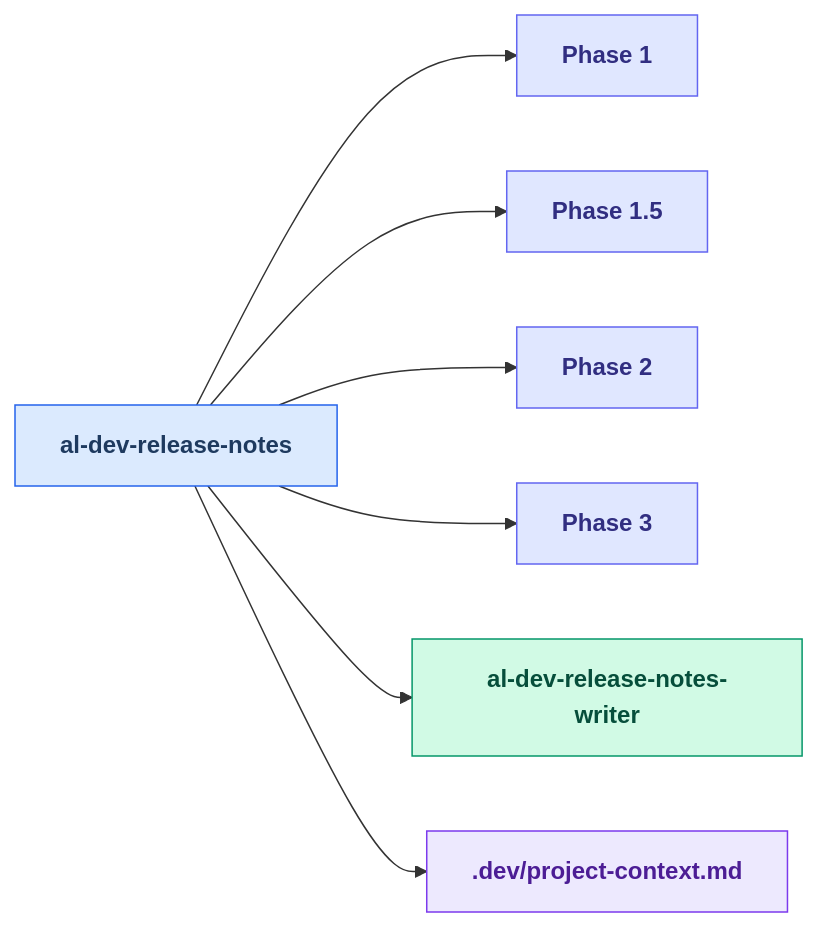
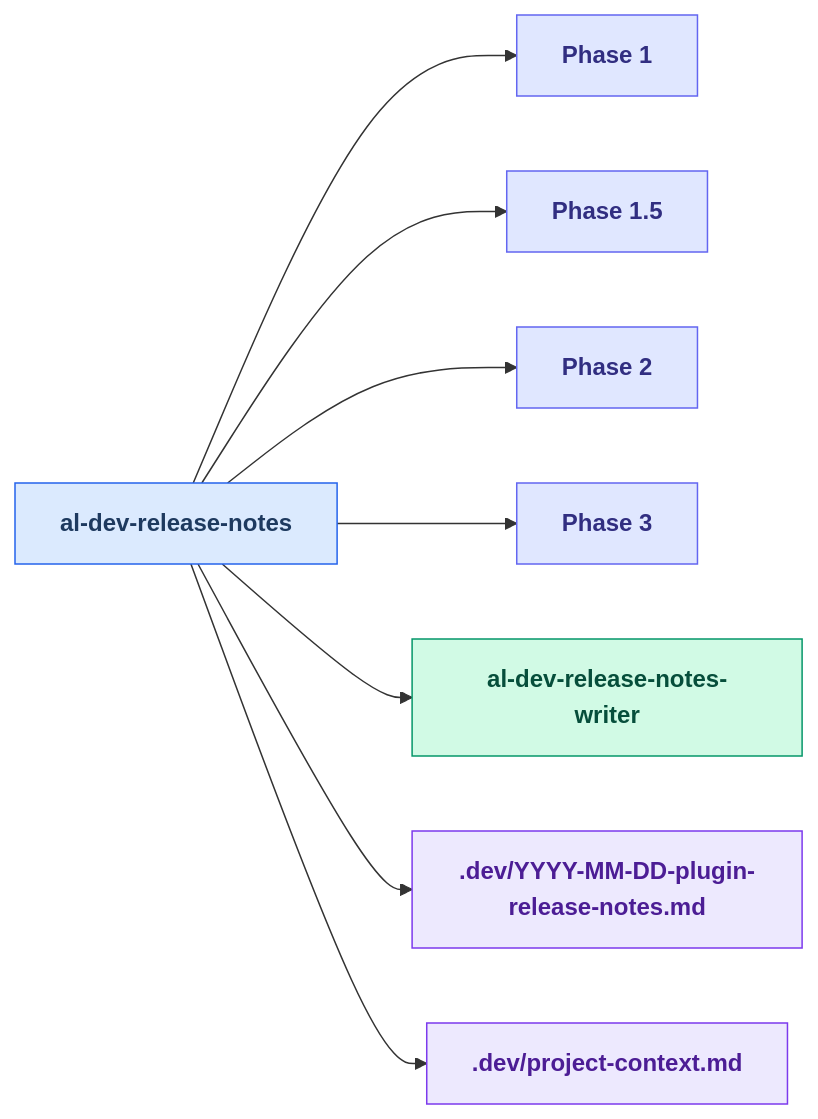
One commit to russell-laing/al-dev-shared changed diagram 17 of 27 in docs/al-dev-skills-map.md. Above: the diagram before and after it, drawn with Mermaid. The commit also changed other lines of this file and 3 other files, not shown here.

````diff
--- a/docs/al-dev-skills-map.md
+++ b/docs/al-dev-skills-map.md
@@ -822,31 +813,34 @@
 ```mermaid
 flowchart LR
     classDef skillNode fill:#dbeafe,stroke:#2563eb,color:#1e3a5f,font-weight:bold
     classDef agentNode fill:#d1fae5,stroke:#059669,color:#064e3b,font-weight:bold
     classDef knowledgeNode fill:#fef3c7,stroke:#d97706,color:#78350f,font-weight:bold
     classDef artifactNode fill:#ede9fe,stroke:#7c3aed,color:#4c1d95,font-weight:bold
     classDef phaseNode fill:#e0e7ff,stroke:#6366f1,color:#312e81,font-weight:bold
 
     skill_al_dev_release_notes[al-dev-release-notes]
     Phase1["Phase 1"]
     Phase1_5["Phase 1.5"]
     Phase2["Phase 2"]
     Phase3["Phase 3"]
     agent_al_dev_release_notes_writer[al-dev-release-notes-writer]
+    artifact_YYYY_MM_DD_plugin_release_notes_md[.dev/YYYY-MM-DD-plugin-release-notes.md]
     artifact_project_context_md[.dev/project-context.md]
 
     skill_al_dev_release_notes --> Phase1
     skill_al_dev_release_notes --> Phase1_5
     skill_al_dev_release_notes --> Phase2
     skill_al_dev_release_notes --> Phase3
     skill_al_dev_release_notes --> agent_al_dev_release_notes_writer
+    skill_al_dev_release_notes --> artifact_YYYY_MM_DD_plugin_release_notes_md
     skill_al_dev_release_notes --> artifact_project_context_md
 
     class skill_al_dev_release_notes skillNode
     class Phase1 phaseNode
     class Phase1_5 phaseNode
     class Phase2 phaseNode
     class Phase3 phaseNode
     class agent_al_dev_release_notes_writer agentNode
+    class artifact_YYYY_MM_DD_plugin_release_notes_md artifactNode
     class artifact_project_context_md artifactNode
 ```
````
